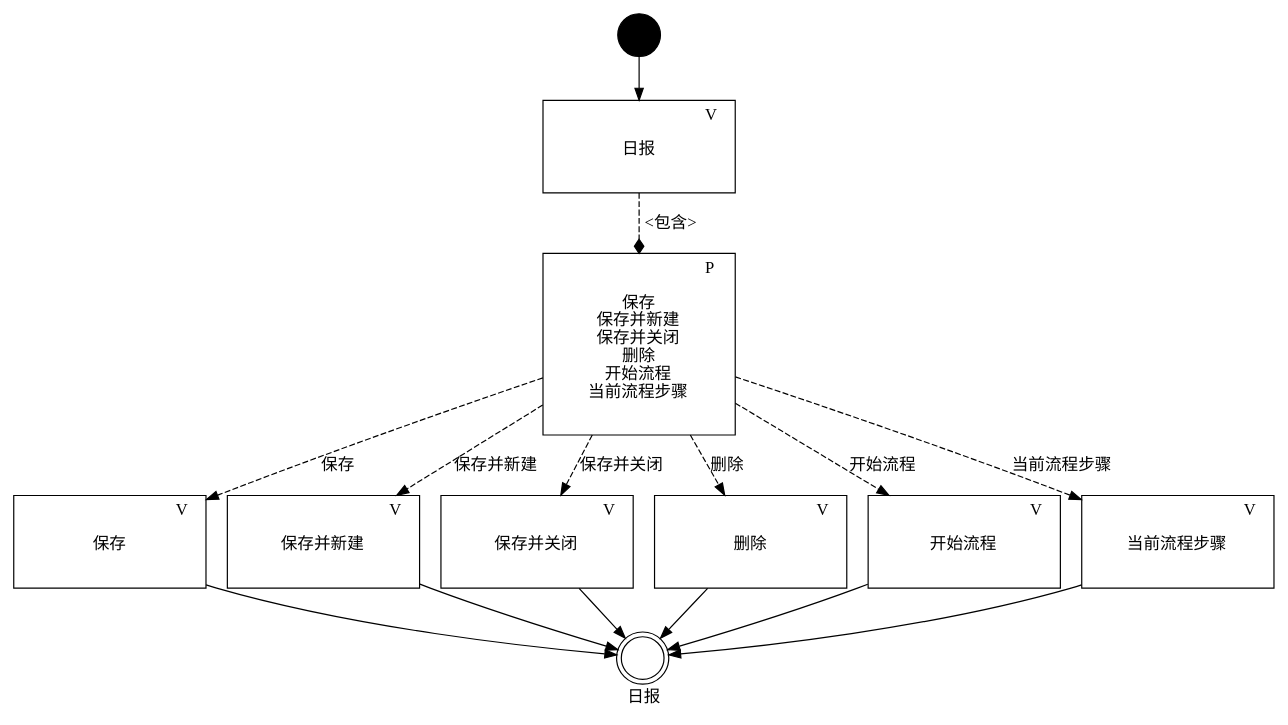
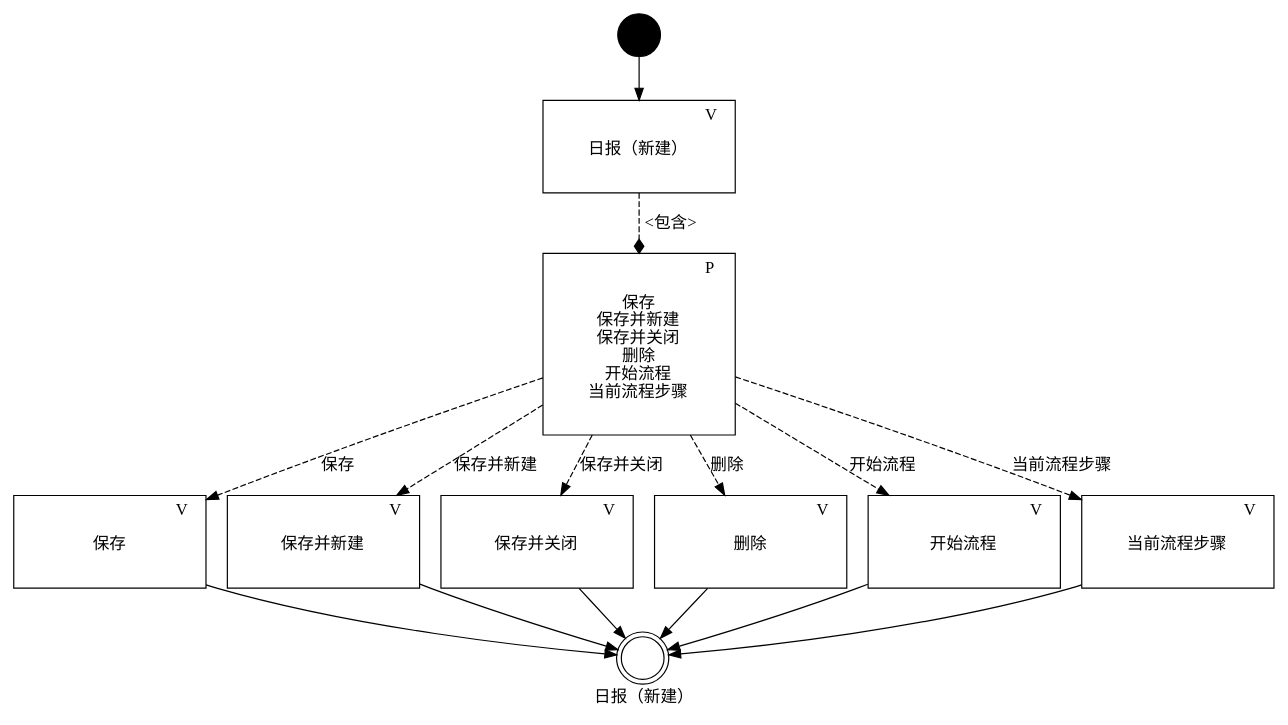
One commit to zj335841911/nt_chandao changed the diagram in ibizpms-docs/src/main/doc/v1/app/mob/func/IbzDailyDailyMobEditView.md. Above: the diagram before and after it, drawn with PlantUML. The commit also changed other lines of this file and 22 other files, not shown here.

```diff
--- a/ibizpms-docs/src/main/doc/v1/app/mob/func/IbzDailyDailyMobEditView.md
+++ b/ibizpms-docs/src/main/doc/v1/app/mob/func/IbzDailyDailyMobEditView.md
@@ -6,7 +6,7 @@
 
 digraph IbzDailyDailyMobEditView {
 
-label="日报";    
+label="日报（新建）";    
 
 #rankdir=LR;
 
@@ -19,7 +19,7 @@
 <TD WIDTH="115" BORDER="0" COLSPAN="3"></TD><TD WIDTH="35" BORDER="0">V</TD>
 </TR>
 <TR>
-<TD BORDER="0" COLSPAN="4" CELLPADDING="10">日报<BR/><BR/></TD>
+<TD BORDER="0" COLSPAN="4" CELLPADDING="10">日报（新建）<BR/><BR/></TD>
 </TR>
 </TABLE>
 >];
```
